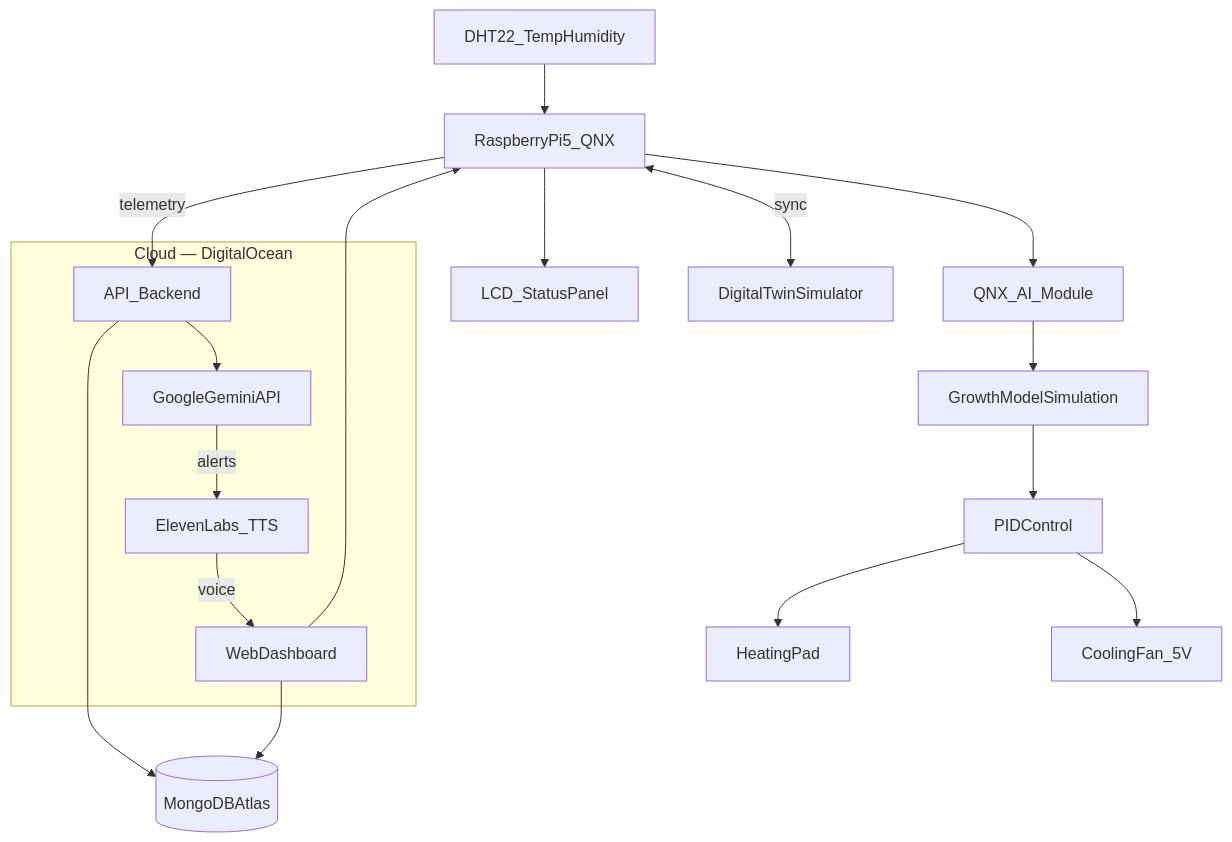
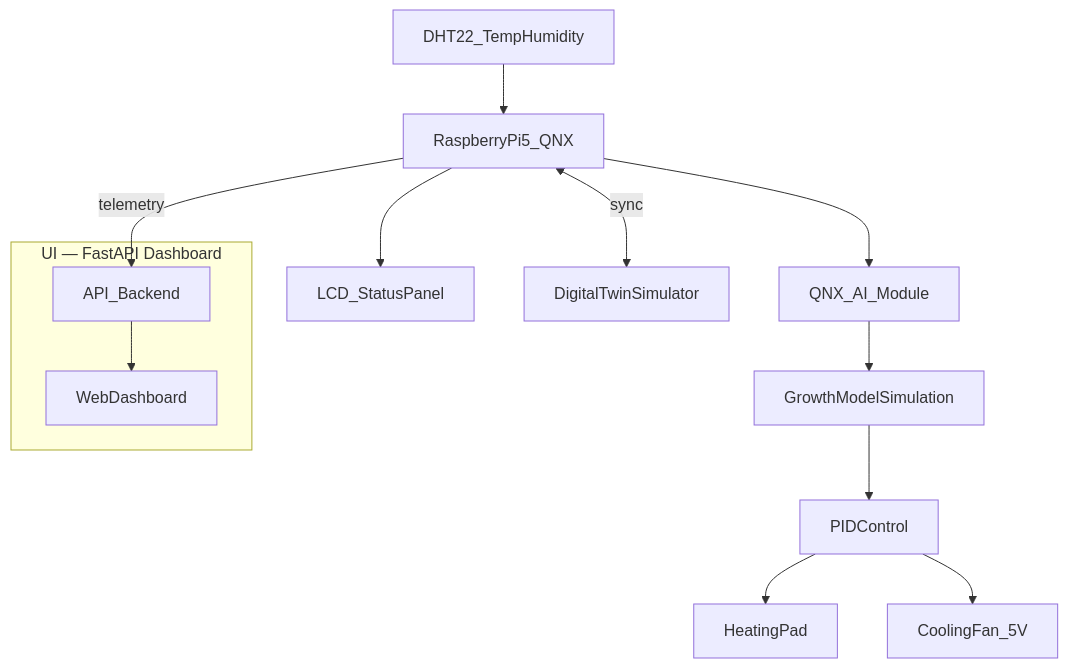
One commit to Anaskaysar/BioReact-Pi changed the diagram in README.md. Above: the diagram before and after it, drawn with Mermaid. The commit also changed other lines of this file and 3 other files, not shown here.

````diff
--- a/README.md
+++ b/README.md
@@ -81,37 +52,28 @@
 ```mermaid
 flowchart TB
   sensor[DHT22_TempHumidity]
   pi[RaspberryPi5_QNX]
   qnxAI[QNX_AI_Module]
   model[GrowthModelSimulation]
   pid[PIDControl]
   heater[HeatingPad]
   fan[CoolingFan_5V]
   lcd[LCD_StatusPanel]
   twin[DigitalTwinSimulator]
 
-  subgraph cloud [Cloud — DigitalOcean]
+  subgraph ui [UI — FastAPI Dashboard]
     api[API_Backend]
     web[WebDashboard]
-    gemini[GoogleGeminiAPI]
-    eleven[ElevenLabs_TTS]
   end
-
-  atlas[(MongoDBAtlas)]
 
   sensor --> pi
   pi --> qnxAI
   qnxAI --> model
   model --> pid
   pid --> heater
   pid --> fan
   pi --> lcd
   pi -->|telemetry| api
-  api --> atlas
-  web --> atlas
-  api --> gemini
-  gemini -->|alerts| eleven
-  eleven -->|voice| web
+  api --> web
   pi <-->|sync| twin
-  web --> pi
 ```
````
